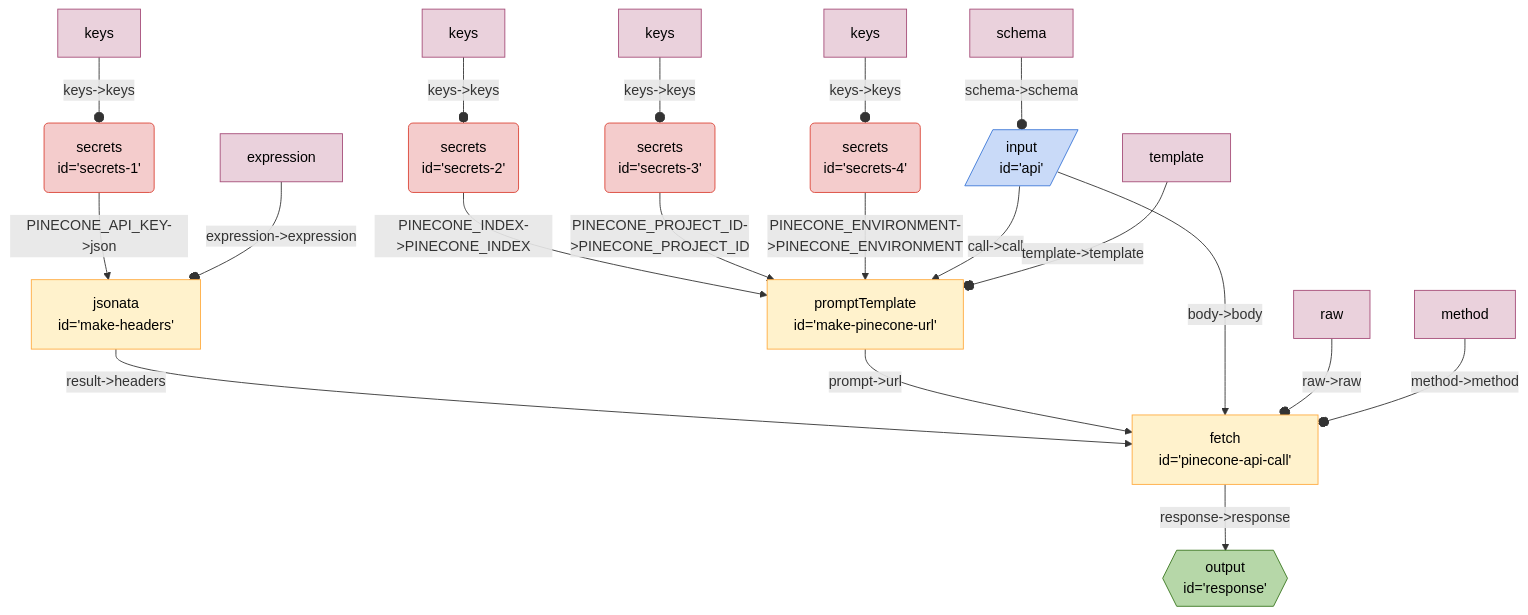
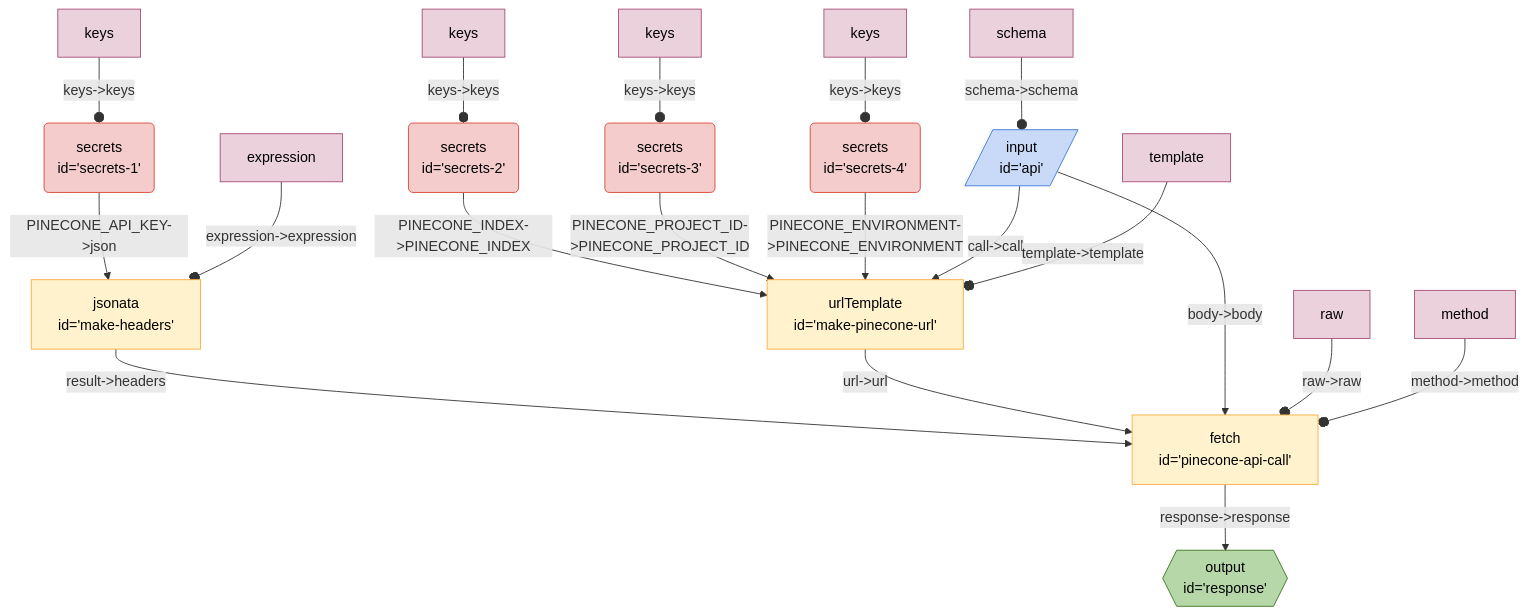
One commit to breadboard-ai/breadboard changed the diagram in seeds/graph-playground/docs/graphs/pinecone-vector-api.md. Above: the diagram before and after it, drawn with Mermaid. The commit also changed 15 other files, not shown here.

````diff
--- a/seeds/graph-playground/docs/graphs/pinecone-vector-api.md
+++ b/seeds/graph-playground/docs/graphs/pinecone-vector-api.md
@@ -5,30 +5,30 @@
   ```mermaid
   %%{init: 'themeVariables': { 'fontFamily': 'Fira Code, monospace' }}%%
 graph TD;
 secrets1("secrets <br> id='secrets-1'"):::secrets -- "PINECONE_API_KEY->json" --> makeheaders["jsonata <br> id='make-headers'"]
 makeheaders["jsonata <br> id='make-headers'"] -- "result->headers" --> pineconeapicall["fetch <br> id='pinecone-api-call'"]
-secrets2("secrets <br> id='secrets-2'"):::secrets -- "PINECONE_INDEX->PINECONE_INDEX" --> makepineconeurl["promptTemplate <br> id='make-pinecone-url'"]
-secrets3("secrets <br> id='secrets-3'"):::secrets -- "PINECONE_PROJECT_ID->PINECONE_PROJECT_ID" --> makepineconeurl["promptTemplate <br> id='make-pinecone-url'"]
-secrets4("secrets <br> id='secrets-4'"):::secrets -- "PINECONE_ENVIRONMENT->PINECONE_ENVIRONMENT" --> makepineconeurl["promptTemplate <br> id='make-pinecone-url'"]
-api[/"input <br> id='api'"/]:::input -- "call->call" --> makepineconeurl["promptTemplate <br> id='make-pinecone-url'"]
-makepineconeurl["promptTemplate <br> id='make-pinecone-url'"] -- "prompt->url" --> pineconeapicall["fetch <br> id='pinecone-api-call'"]
+secrets2("secrets <br> id='secrets-2'"):::secrets -- "PINECONE_INDEX->PINECONE_INDEX" --> makepineconeurl["urlTemplate <br> id='make-pinecone-url'"]
+secrets3("secrets <br> id='secrets-3'"):::secrets -- "PINECONE_PROJECT_ID->PINECONE_PROJECT_ID" --> makepineconeurl["urlTemplate <br> id='make-pinecone-url'"]
+secrets4("secrets <br> id='secrets-4'"):::secrets -- "PINECONE_ENVIRONMENT->PINECONE_ENVIRONMENT" --> makepineconeurl["urlTemplate <br> id='make-pinecone-url'"]
+api[/"input <br> id='api'"/]:::input -- "call->call" --> makepineconeurl["urlTemplate <br> id='make-pinecone-url'"]
+makepineconeurl["urlTemplate <br> id='make-pinecone-url'"] -- "url->url" --> pineconeapicall["fetch <br> id='pinecone-api-call'"]
 api[/"input <br> id='api'"/]:::input -- "body->body" --> pineconeapicall["fetch <br> id='pinecone-api-call'"]
 pineconeapicall["fetch <br> id='pinecone-api-call'"] -- "response->response" --> response{{"output <br> id='response'"}}:::output
 schemaapi[schema]:::config -- "schema->schema" --o api
 expressionmakeheaders[expression]:::config -- "expression->expression" --o makeheaders
 keyssecrets1[keys]:::config -- "keys->keys" --o secrets1
 rawpineconeapicall[raw]:::config -- "raw->raw" --o pineconeapicall
 methodpineconeapicall[method]:::config -- "method->method" --o pineconeapicall
 templatemakepineconeurl[template]:::config -- "template->template" --o makepineconeurl
 keyssecrets2[keys]:::config -- "keys->keys" --o secrets2
 keyssecrets3[keys]:::config -- "keys->keys" --o secrets3
 keyssecrets4[keys]:::config -- "keys->keys" --o secrets4
 classDef default stroke:#ffab40,fill:#fff2ccff,color:#000
 classDef input stroke:#3c78d8,fill:#c9daf8ff,color:#000
 classDef output stroke:#38761d,fill:#b6d7a8ff,color:#000
 classDef passthrough stroke:#a64d79,fill:#ead1dcff,color:#000
 classDef slot stroke:#a64d79,fill:#ead1dcff,color:#000
 classDef config stroke:#a64d79,fill:#ead1dcff,color:#000
 classDef secrets stroke:#db4437,fill:#f4cccc,color:#000
 classDef slotted stroke:#a64d79
   ```
````
